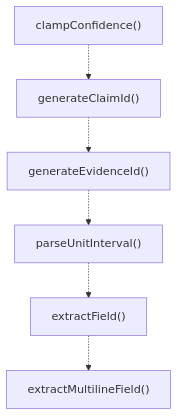
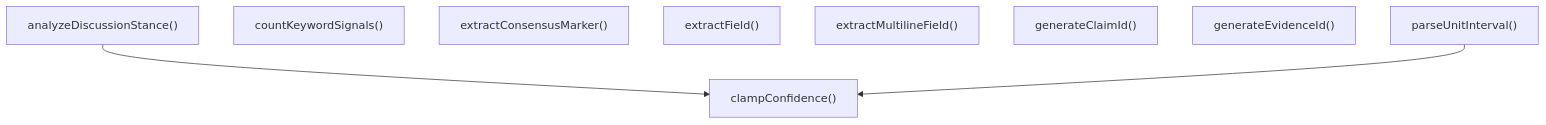
One commit to Mekann2904/mekann changed the second of 2 diagrams in ABDD/.pi/lib/text-parsing.md. Above: the diagram before and after it, drawn with Mermaid. The commit also changed other lines of this file and 277 other files, not shown here.

````diff
--- a/ABDD/.pi/lib/text-parsing.md
+++ b/ABDD/.pi/lib/text-parsing.md
@@ -48,14 +48,14 @@
 ```mermaid
 flowchart TD
+  analyzeDiscussionStance["analyzeDiscussionStance()"]
   clampConfidence["clampConfidence()"]
+  countKeywordSignals["countKeywordSignals()"]
+  extractConsensusMarker["extractConsensusMarker()"]
+  extractField["extractField()"]
+  extractMultilineField["extractMultilineField()"]
   generateClaimId["generateClaimId()"]
   generateEvidenceId["generateEvidenceId()"]
   parseUnitInterval["parseUnitInterval()"]
-  extractField["extractField()"]
-  extractMultilineField["extractMultilineField()"]
-  clampConfidence -.-> generateClaimId
-  generateClaimId -.-> generateEvidenceId
-  generateEvidenceId -.-> parseUnitInterval
-  parseUnitInterval -.-> extractField
-  extractField -.-> extractMultilineField
+  analyzeDiscussionStance --> clampConfidence
+  parseUnitInterval --> clampConfidence
 ```
````
